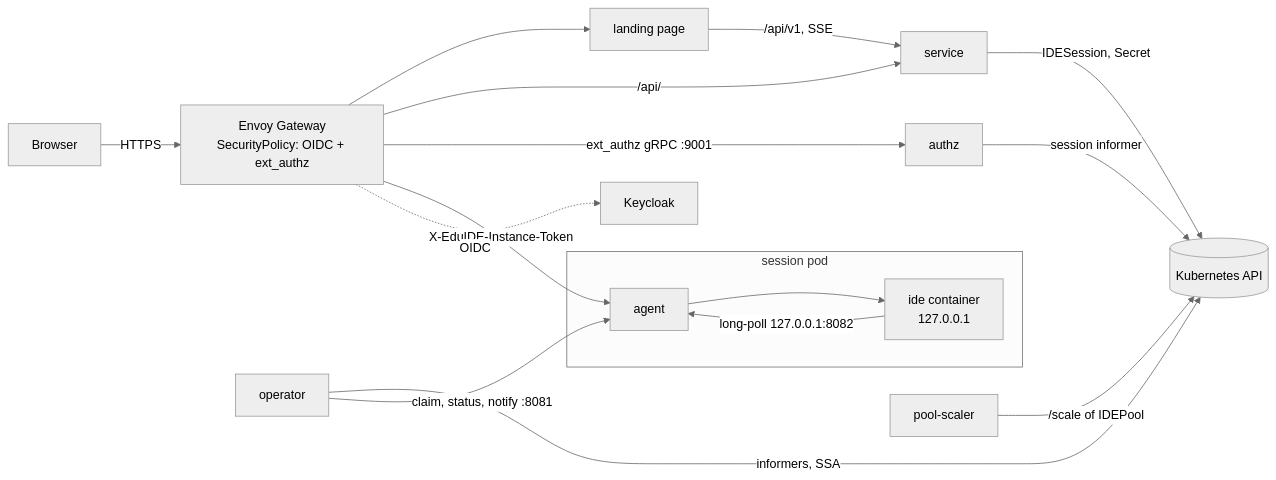
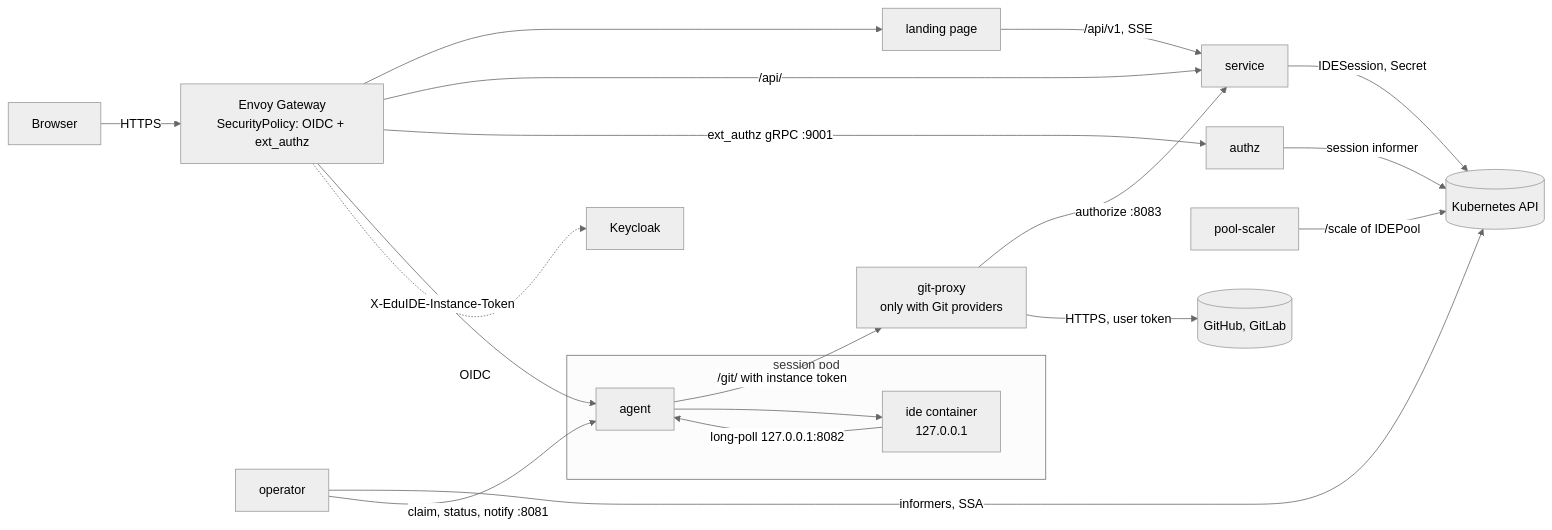
One commit to EduIDE/EduIDE-control-plane changed the diagram in docs/architecture/overview.md. Above: the diagram before and after it, drawn with Mermaid (neutral theme). The commit also changed other lines of this file and 50 other files, not shown here.

First line of the commit message:
feat(git-proxy): clone and push through the agent and a separate git-proxy

````diff
--- a/docs/architecture/overview.md
+++ b/docs/architecture/overview.md
@@ -13,21 +13,24 @@
 ```mermaid
 flowchart LR
   B[Browser] -->|HTTPS| GW[Envoy Gateway<br/>SecurityPolicy: OIDC + ext_authz]
   LP[landing page] -->|/api/v1, SSE| SVC[service]
   GW --> LP
   GW -->|/api/| SVC
   GW -->|ext_authz gRPC :9001| AZ[authz]
   GW -->|X-EduIDE-Instance-Token| AG
   SVC -->|IDESession, Secret| K[(Kubernetes API)]
   OP[operator] -->|informers, SSA| K
   AZ -->|session informer| K
   SC[pool-scaler] -->|/scale of IDEPool| K
   OP -->|claim, status, notify :8081| AG
+  AG -->|/git/ with instance token| GP[git-proxy<br/>only with Git providers]
+  GP -->|authorize :8083| SVC
+  GP -->|HTTPS, user token| GH[(GitHub, GitLab)]
   subgraph Pod[session pod]
     AG[agent]
     IDE[ide container<br/>127.0.0.1]
     AG --> IDE
     IDE -->|long-poll 127.0.0.1:8082| AG
   end
   GW -.->|OIDC| KC[Keycloak]
 ```
````
